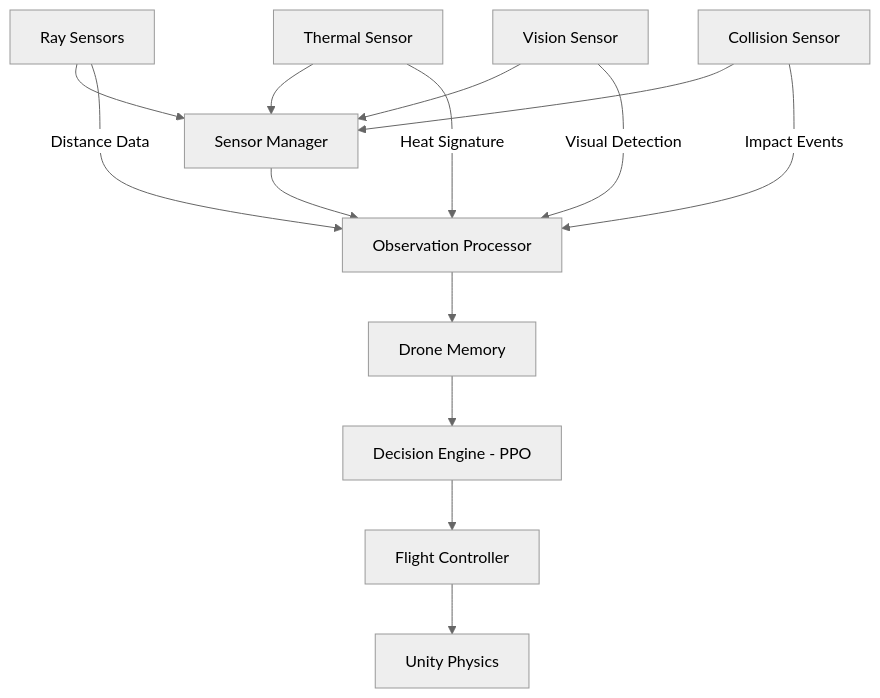
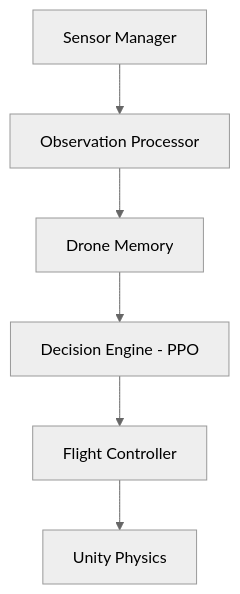
Before and after one commit to NihaalGharat/ADRL-Rescue: the third of 5 diagrams in Documentation/07_DRONE_SYSTEM.md, drawn with Mermaid (neutral theme). The commit also changed other lines of this file and 75 other files, not shown here.

````diff
--- a/Documentation/07_DRONE_SYSTEM.md
+++ b/Documentation/07_DRONE_SYSTEM.md
@@ -13,18 +87,8 @@
 ```mermaid
 graph TD
     SM[Sensor Manager] --> OP[Observation Processor]
     OP --> M[Drone Memory]
     M --> DE[Decision Engine - PPO]
     DE --> FC[Flight Controller]
     FC --> P[Unity Physics]
-    
-    RS[Ray Sensors] --> SM
-    TS[Thermal Sensor] --> SM
-    VS[Vision Sensor] --> SM
-    CS[Collision Sensor] --> SM
-    
-    RS -->|Distance Data| OP
-    TS -->|Heat Signature| OP
-    VS -->|Visual Detection| OP
-    CS -->|Impact Events| OP
 ```
````
